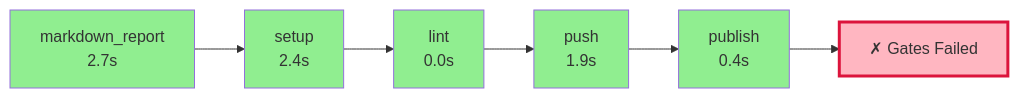
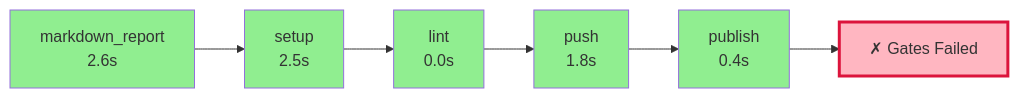
The diagram in .pyqual/report.md (wronai/fixos), drawn with Mermaid before and after one commit. The commit also changed other lines of this file and 2 other files, not shown here.

````diff
--- a/.pyqual/report.md
+++ b/.pyqual/report.md
@@ -10,20 +10,20 @@
 ```mermaid
 flowchart LR
-    S0["markdown_report<br/>2.7s"]
+    S0["markdown_report<br/>2.6s"]
     style S0 fill:#90EE90
-    S1["setup<br/>2.4s"]
+    S1["setup<br/>2.5s"]
     style S1 fill:#90EE90
     S0 --> S1
     S2["lint<br/>0.0s"]
     style S2 fill:#90EE90
     S1 --> S2
-    S3["push<br/>1.9s"]
+    S3["push<br/>1.8s"]
     style S3 fill:#90EE90
     S2 --> S3
     S4["publish<br/>0.4s"]
     style S4 fill:#90EE90
     S3 --> S4
     G["✗ Gates Failed"]
     style G fill:#FFB6C1,stroke:#DC143C,stroke-width:3px
     S4 --> G
 ```
````
